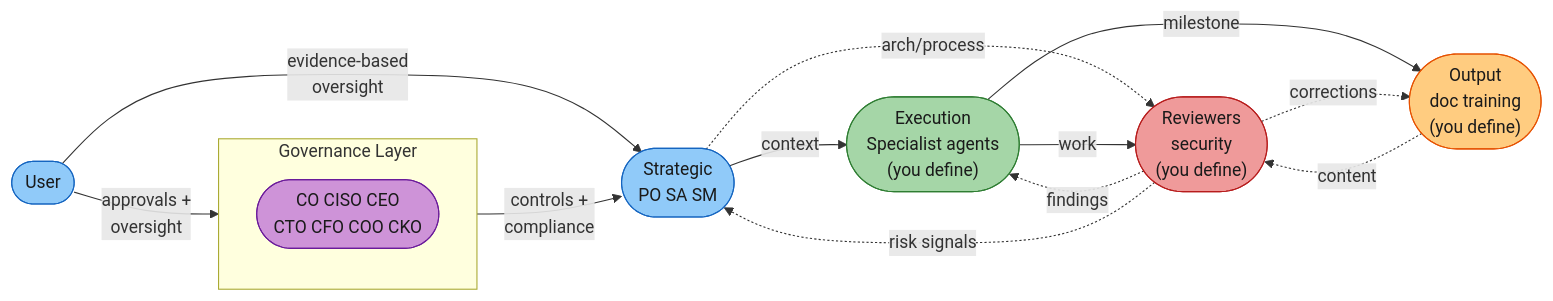
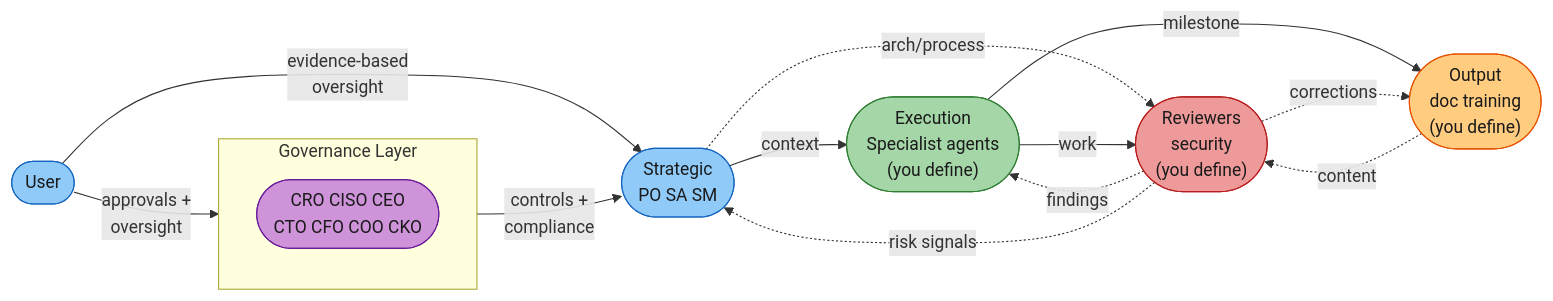
The first of 23 diagrams in docs/COLLABORATION-MODEL.md (rdunie/venutian-antfarm), drawn with Mermaid before and after one commit. The commit also changed other lines of this file, not shown here.

First line of the commit message:
docs: update COLLABORATION-MODEL.md for CRO rename and multi-floor

````diff
--- a/docs/COLLABORATION-MODEL.md
+++ b/docs/COLLABORATION-MODEL.md
@@ -40,32 +40,32 @@
 ```mermaid
 flowchart LR
     USER(["User"])
 
     subgraph Gov ["Governance Layer"]
-        GOV(["CO  CISO  CEO\nCTO  CFO  COO  CKO"])
+        GOV(["CRO  CISO  CEO\nCTO  CFO  COO  CKO"])
     end
 
     S(["Strategic\nPO  SA  SM"])
     E(["Execution\nSpecialist agents\n(you define)"])
     R(["Reviewers\nsecurity\n(you define)"])
     O(["Output\ndoc  training\n(you define)"])
 
     USER -->|"approvals +\noversight"| Gov
     USER -->|"evidence-based\noversight"| S
     Gov -->|"controls +\ncompliance"| S
     S -->|"context"| E
     S -.->|"arch/process"| R
     E -->|"work"| R
     R -.->|"findings"| E
     R -.->|"risk signals"| S
     E -->|"milestone"| O
     R -.->|"corrections"| O
     O -.->|"content"| R
 
     style USER fill:#90caf9,stroke:#1565c0,color:#1a1a1a
     style GOV fill:#ce93d8,stroke:#6a1b9a,color:#1a1a1a
     style S fill:#90caf9,stroke:#1565c0,color:#1a1a1a
     style E fill:#a5d6a7,stroke:#2e7d32,color:#1a1a1a
     style R fill:#ef9a9a,stroke:#b71c1c,color:#1a1a1a
     style O fill:#ffcc80,stroke:#e65100,color:#1a1a1a
 ```
````
